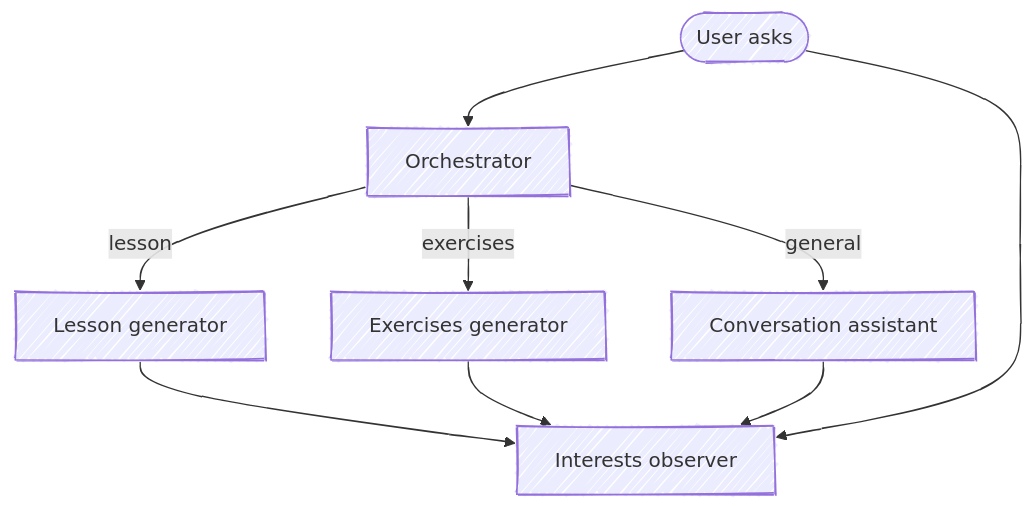
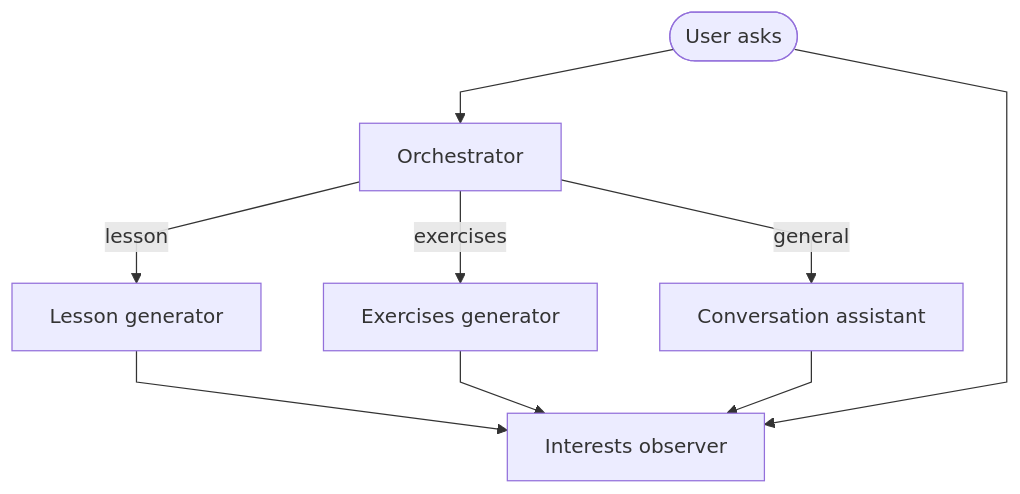
One commit to patopitaluga/gio-system changed the diagram in README.md. Above: the diagram before and after it, drawn with Mermaid.

Commit message:
Chaged mermaid diagram

````diff
--- a/README.md
+++ b/README.md
@@ -186,22 +186,23 @@
 ```mermaid
 ---
 config:
-  look: handDrawn
+  flowchart:
+    curve: linear
 ---
 flowchart TD
   User([User asks])
   Orch[Orchestrator]
   Lesson[Lesson generator]
   Exercises[Exercises generator]
   Conversation[Conversation assistant]
   Interests[Interests observer]
 
   User --> Orch
   Orch -->|lesson| Lesson
   Orch -->|exercises| Exercises
   Orch -->|general| Conversation
   Lesson --> Interests
   Exercises --> Interests
   Conversation --> Interests
   User --> Interests
 ```
````
